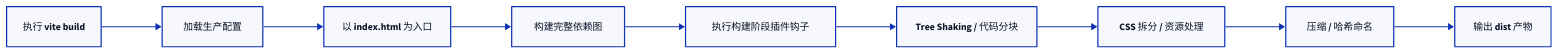
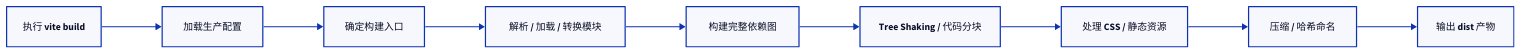
The fifth of 5 diagrams in apps/docs/experiences/构建工具/Vite 原理与实践.md (youngluo/thinking), drawn with D2 before and after one commit. The commit also changed other lines of this file and 5 other files, not shown here.

````diff
--- a/apps/docs/experiences/构建工具/Vite 原理与实践.md
+++ b/apps/docs/experiences/构建工具/Vite 原理与实践.md
@@ -252,15 +224,15 @@
 ```d2
 direction: right
 
 start: 执行 vite build
 config: 加载生产配置
-entry: 以 index.html 为入口
+entry: 确定构建入口
+modules: 解析 / 加载 / 转换模块
 graph: 构建完整依赖图
-hooks: 执行构建阶段插件钩子
 optimize: Tree Shaking / 代码分块
-assets: CSS 拆分 / 资源处理
+assets: 处理 CSS / 静态资源
 emit: 压缩 / 哈希命名
 dist: 输出 dist 产物
 
-start -> config -> entry -> graph -> hooks -> optimize -> assets -> emit -> dist
+start -> config -> entry -> modules -> graph -> optimize -> assets -> emit -> dist
 ```
````
